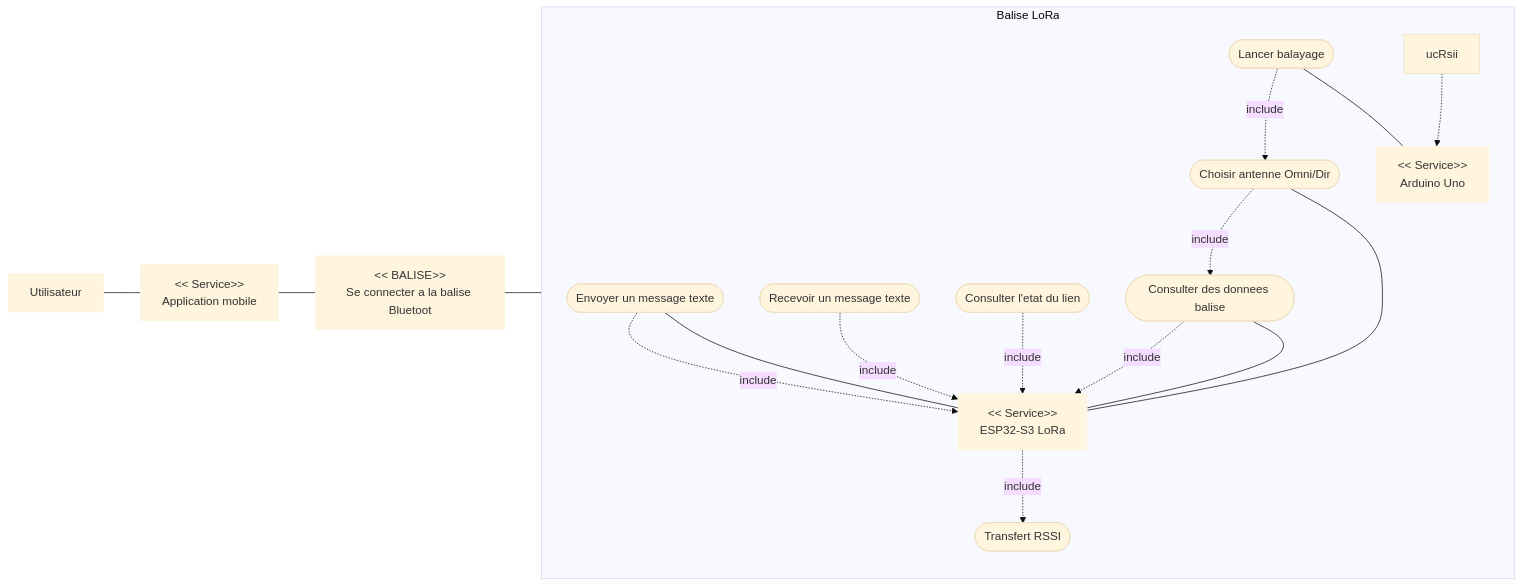
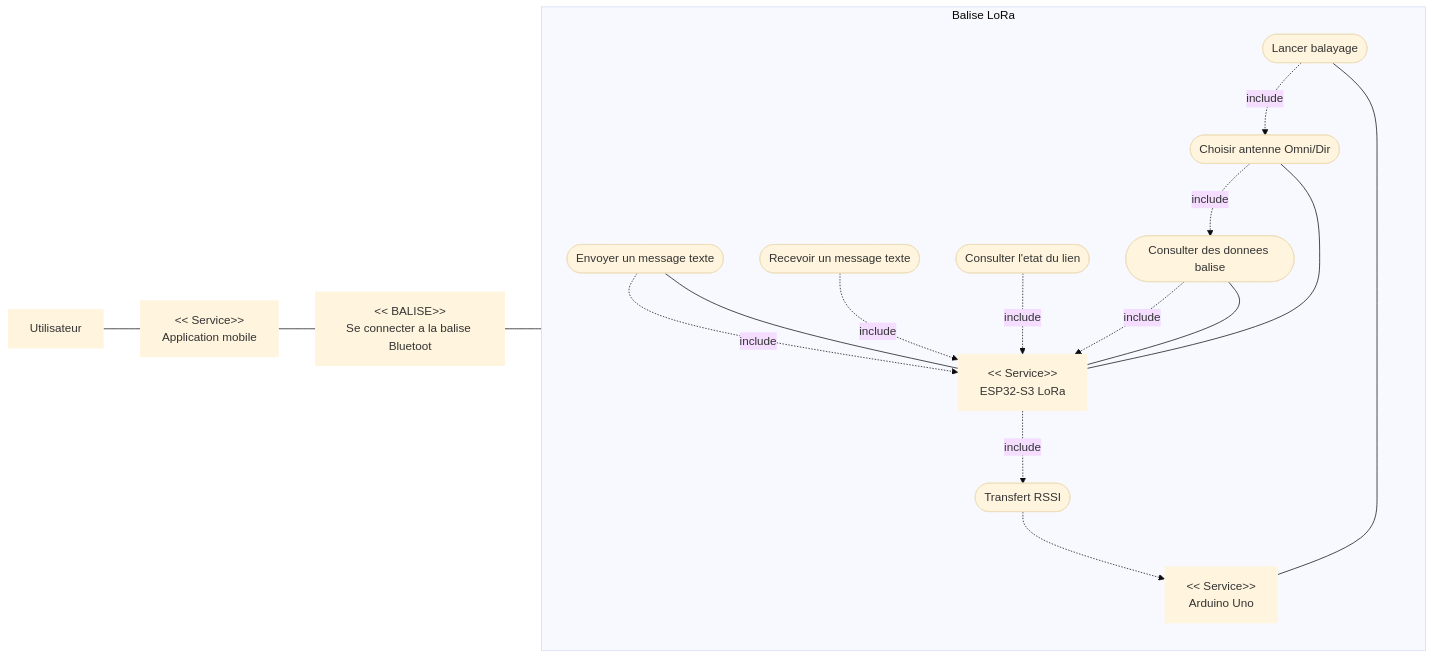
The first of 7 diagrams in Diagrammes_SysML_Projet_LoRa.md (SHU445/Projet-LoRa-72h), drawn with Mermaid (base theme) before and after one commit.

Commit message:
"CorrectUseCase3.6"

````diff
--- a/Diagrammes_SysML_Projet_LoRa.md
+++ b/Diagrammes_SysML_Projet_LoRa.md
@@ -12,40 +12,39 @@
 ```mermaid
 flowchart LR
   rU["Utilisateur"]:::role
   rAPP["<< Service>>\nApplication mobile"]:::role
   rESP["<< Service>>\nESP32-S3 LoRa"]:::role
   rARD["<< Service>>\nArduino Uno"]:::role
   rCONN["<< BALISE>>\nSe connecter a la balise Bluetoot"]:::role
 
   subgraph S["Balise LoRa"]
     direction TB
     ucSend([Envoyer un message texte])
     ucReceive([Recevoir un message texte])
     ucStatus([Consulter l'etat du lien])
     ucData([Consulter des donnees balise])
     ucSelectAntenna([Choisir antenne Omni/Dir])
     ucScan([Lancer balayage])
     ucRssi([Transfert RSSI])
 
     ucSend -. include .-> rESP
     ucReceive -. include .-> rESP
     ucStatus -. include .-> rESP
     ucData -. include .-> rESP
     ucSelectAntenna -. include .-> ucData
     ucScan -. include .-> ucSelectAntenna
-    rESP -. include .-> ucRssi
-    ucRsii .-> rARD
+    rESP -. include .-> ucRssi .-> rARD
   end
 
   rU --- rAPP
   rAPP --- rCONN
   rCONN --- rESP
 
   ucSend --- rESP
   ucData --- rESP
   ucSelectAntenna --- rESP
 
   ucScan --- rARD
 
   classDef role stroke-width:0px;
 ```
````
